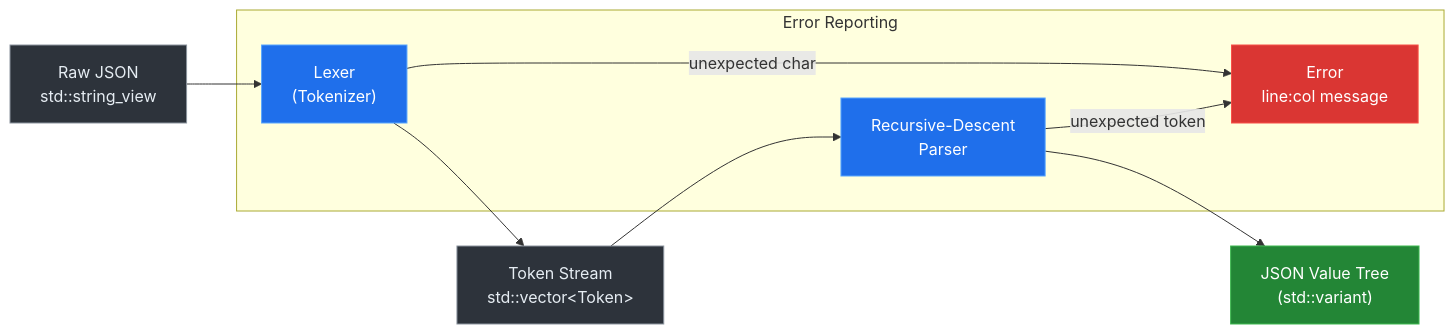
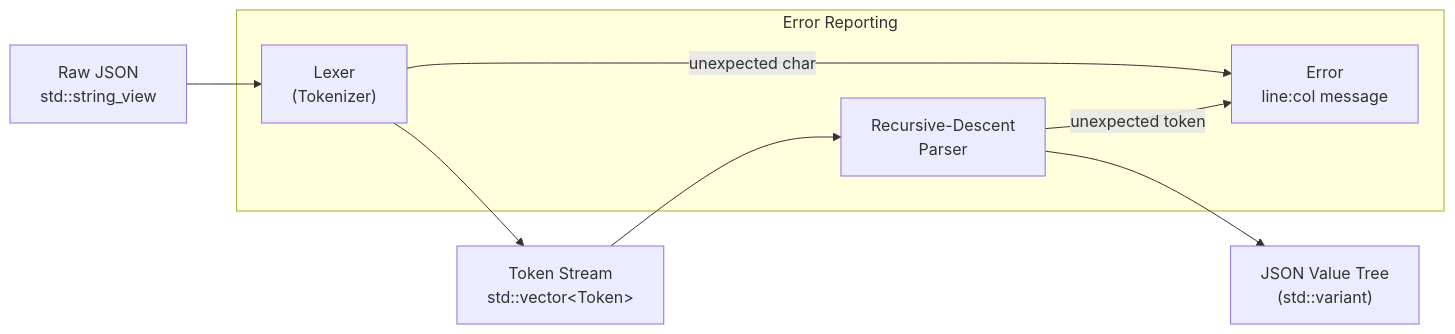
Before and after one commit to dkkh87/CPP-CUDA-Mastery: the diagram in Part-09-Projects/P01_JSON_Parser.md, drawn with Mermaid. The commit also changed other lines of this file, not shown here.

````diff
--- a/Part-09-Projects/P01_JSON_Parser.md
+++ b/Part-09-Projects/P01_JSON_Parser.md
@@ -31,19 +28,11 @@
 ```mermaid
 flowchart LR
     A["Raw JSON\nstd::string_view"] --> B["Lexer\n(Tokenizer)"]
     B --> C["Token Stream\nstd::vector&lt;Token&gt;"]
     C --> D["Recursive-Descent\nParser"]
     D --> E["JSON Value Tree\n(std::variant)"]
-
     subgraph "Error Reporting"
         B -- "unexpected char" --> F["Error\nline:col message"]
         D -- "unexpected token" --> F
     end
-
-    style A fill:#2d333b,stroke:#8b949e,color:#e6edf3
-    style B fill:#1f6feb,stroke:#58a6ff,color:#fff
-    style C fill:#2d333b,stroke:#8b949e,color:#e6edf3
-    style D fill:#1f6feb,stroke:#58a6ff,color:#fff
-    style E fill:#238636,stroke:#3fb950,color:#fff
-    style F fill:#da3633,stroke:#f85149,color:#fff
 ```
````
